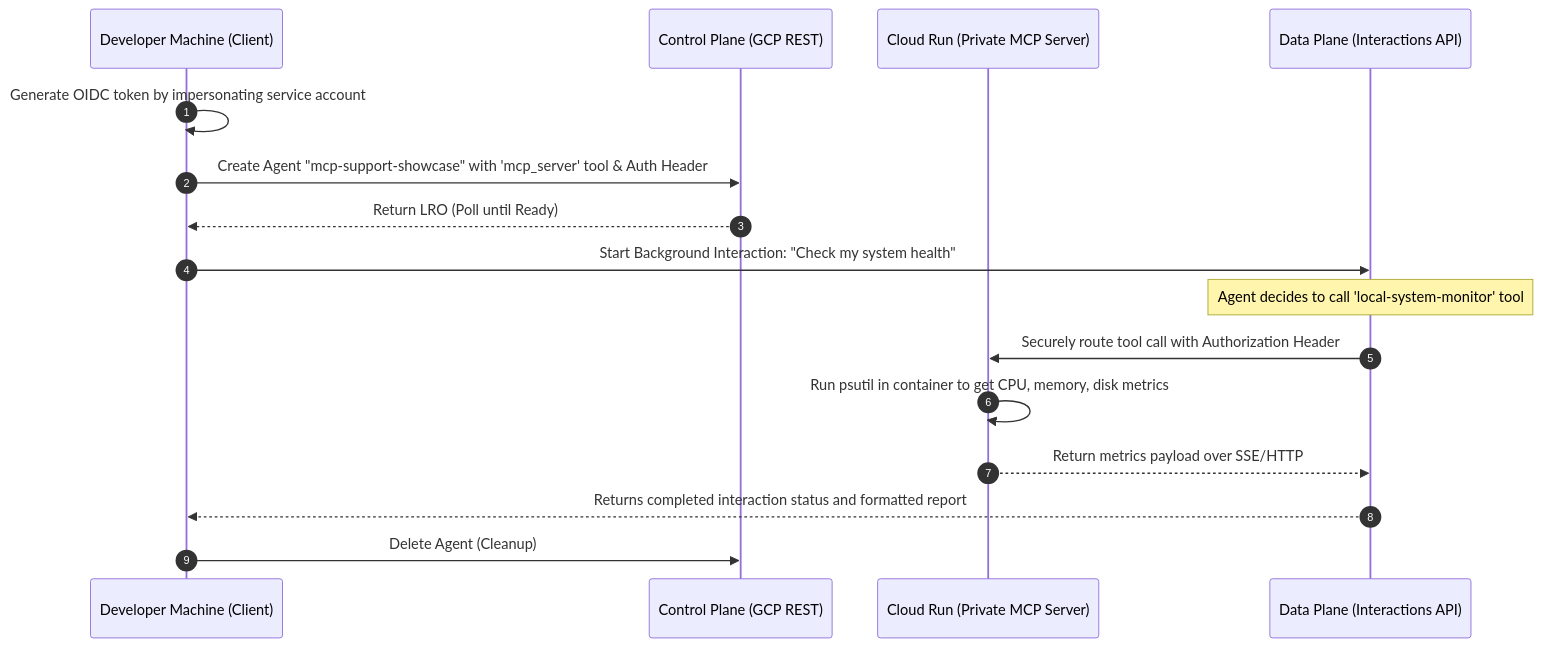
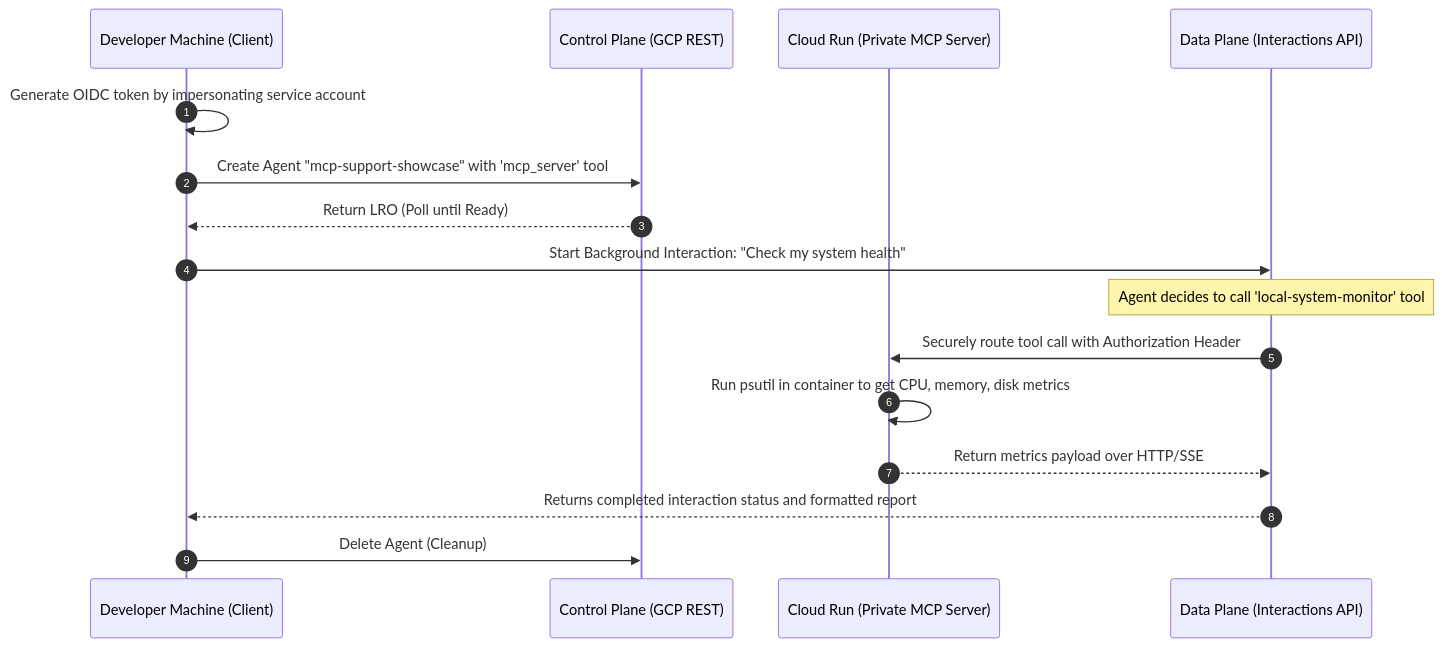
Before and after one commit to fuzerg/Google-Agents-API-Examples: the diagram in showcase/mcp_support/README.md, drawn with Mermaid. The commit also changed other lines of this file and 10 other files, not shown here.

````diff
--- a/showcase/mcp_support/README.md
+++ b/showcase/mcp_support/README.md
@@ -15,19 +15,19 @@
 ```mermaid
 sequenceDiagram
     autonumber
     participant Developer as Developer Machine (Client)
     participant CP as Control Plane (GCP REST)
     participant CR as Cloud Run (Private MCP Server)
     participant DP as Data Plane (Interactions API)
     
     Developer->>Developer: Generate OIDC token by impersonating service account
-    Developer->>CP: Create Agent "mcp-support-showcase" with 'mcp_server' tool & Auth Header
+    Developer->>CP: Create Agent "mcp-support-showcase" with 'mcp_server' tool
     CP-->>Developer: Return LRO (Poll until Ready)
     Developer->>DP: Start Background Interaction: "Check my system health"
     Note over DP: Agent decides to call 'local-system-monitor' tool
     DP->>CR: Securely route tool call with Authorization Header
     CR->>CR: Run psutil in container to get CPU, memory, disk metrics
-    CR-->>DP: Return metrics payload over SSE/HTTP
+    CR-->>DP: Return metrics payload over HTTP/SSE
     DP-->>Developer: Returns completed interaction status and formatted report
     Developer->>CP: Delete Agent (Cleanup)
 ```
````
